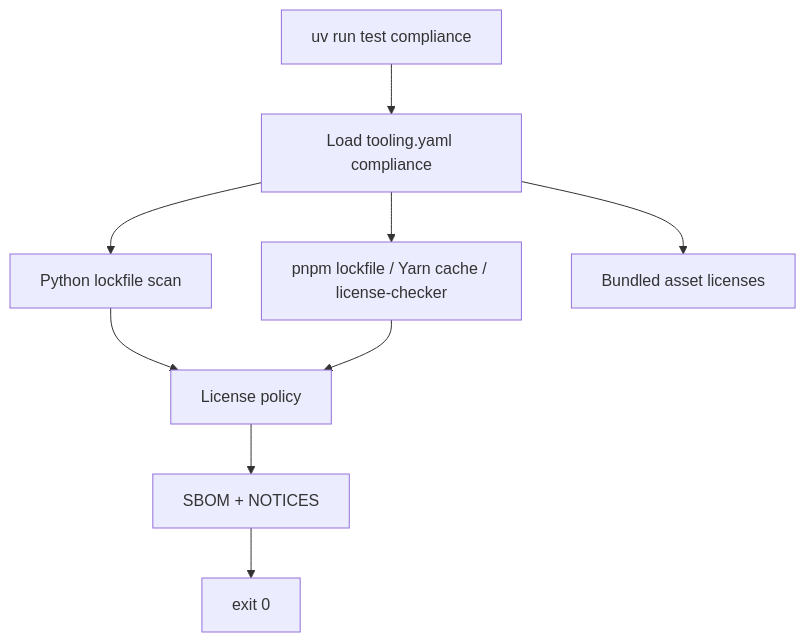
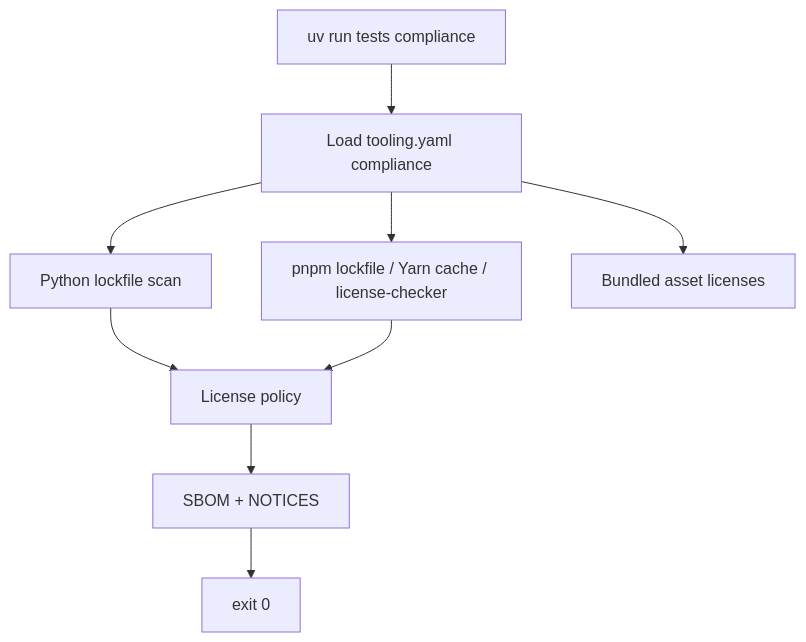
One commit to catalpainternational/catalpa-workspace-tooling changed the diagram in docs/COMPLIANCE.md. Above: the diagram before and after it, drawn with Mermaid. The commit also changed other lines of this file and 25 other files, not shown here.

Commit message:
fixes for smoke tests + test renamed to tests

````diff
--- a/docs/COMPLIANCE.md
+++ b/docs/COMPLIANCE.md
@@ -28,11 +28,11 @@
 ```mermaid
 flowchart TD
-  start[uv run test compliance] --> config[Load tooling.yaml compliance]
+  start[uv run tests compliance] --> config[Load tooling.yaml compliance]
   config --> py[Python lockfile scan]
   config --> js[pnpm lockfile / Yarn cache / license-checker]
   py --> policy[License policy]
   js --> policy
   config --> assets[Bundled asset licenses]
   policy --> artifacts[SBOM + NOTICES]
   artifacts --> done[exit 0]
 ```
````
